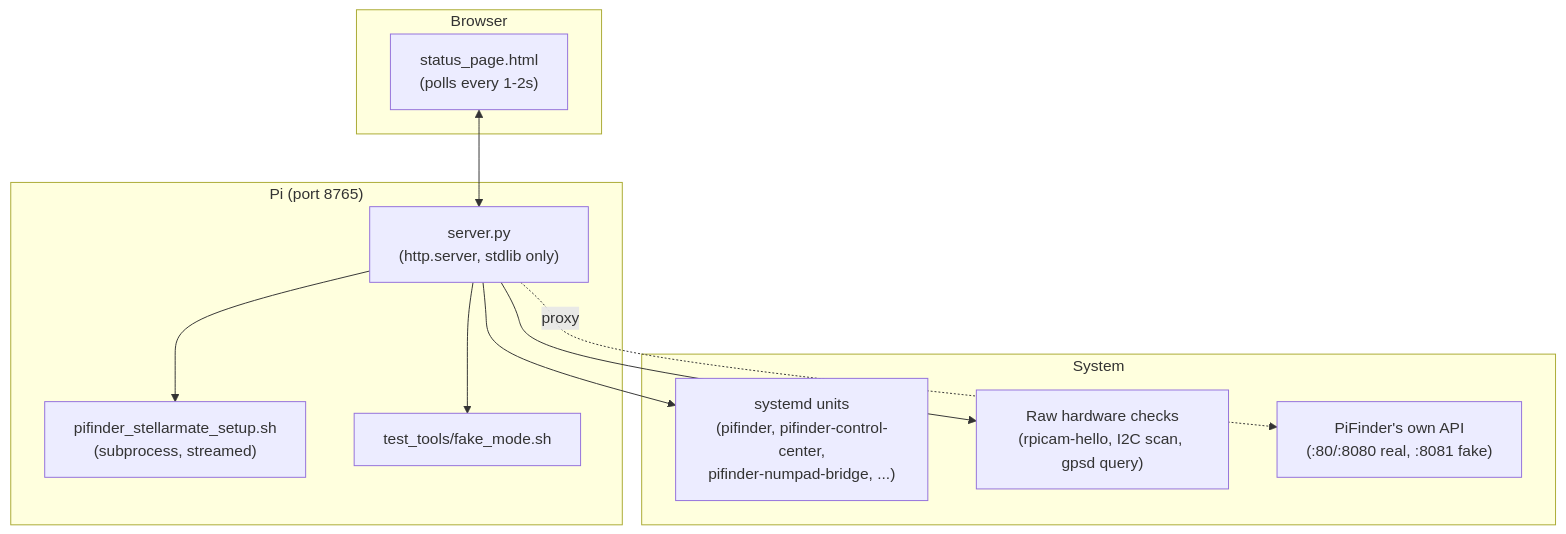
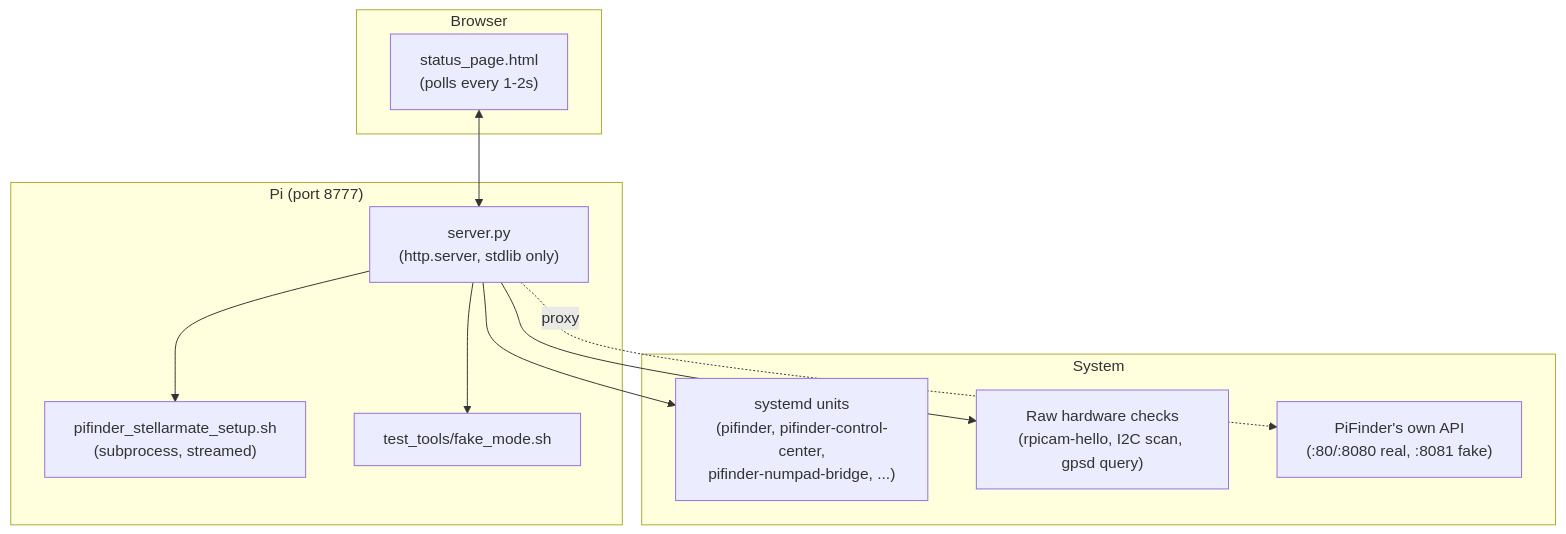
Before and after one commit to apos/PiFinder_Stellarmate: the diagram in Readme_ControlCenter.md, drawn with Mermaid. The commit also changed other lines of this file and 15 other files, not shown here.

````diff
--- a/Readme_ControlCenter.md
+++ b/Readme_ControlCenter.md
@@ -54,22 +54,22 @@
 ```mermaid
 flowchart TB
     subgraph Browser
         UI["status_page.html<br/>(polls every 1-2s)"]
     end
-    subgraph "Pi (port 8765)"
+    subgraph "Pi (port 8777)"
         Server["server.py<br/>(http.server, stdlib only)"]
         Setup["pifinder_stellarmate_setup.sh<br/>(subprocess, streamed)"]
         FakeMode["test_tools/fake_mode.sh"]
     end
     subgraph "System"
         Systemd["systemd units<br/>(pifinder, pifinder-control-center,<br/>pifinder-numpad-bridge, ...)"]
         HW["Raw hardware checks<br/>(rpicam-hello, I2C scan, gpsd query)"]
         PF["PiFinder's own API<br/>(:80/:8080 real, :8081 fake)"]
     end
     UI <--> Server
     Server --> Setup
     Server --> FakeMode
     Server --> Systemd
     Server --> HW
     Server -.proxy.-> PF
 ```
````
